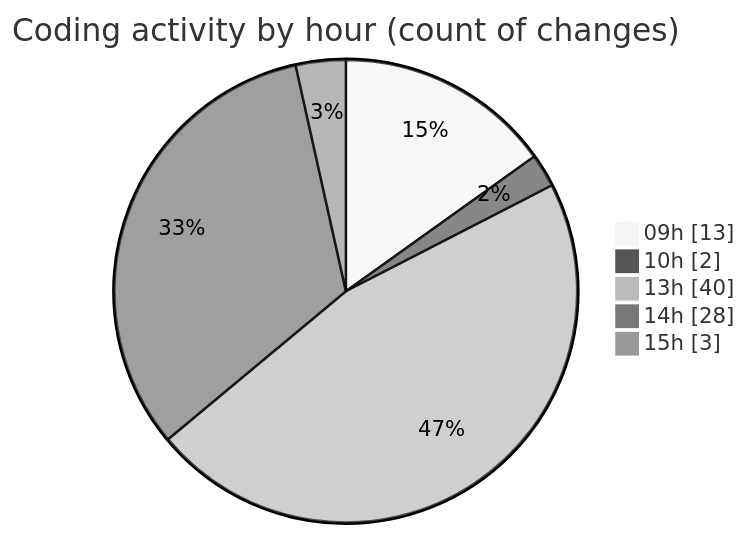
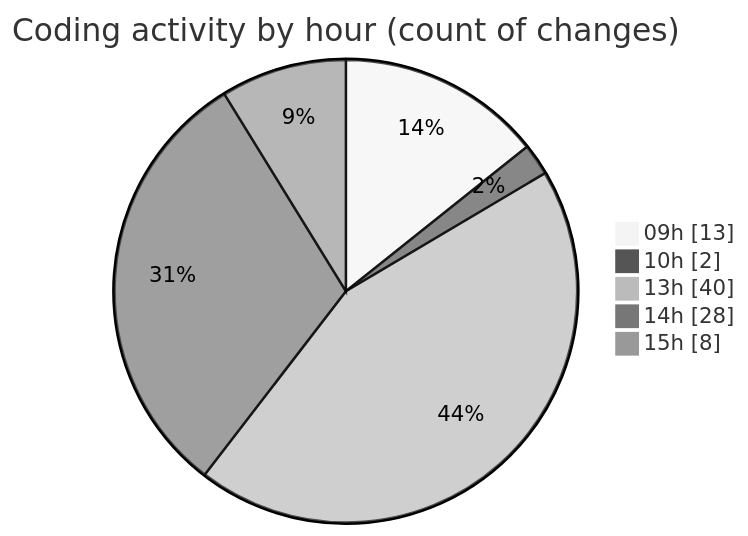
The second of 2 diagrams in 2025-08-29/cda/README.md (momahboobian/code-tracking), drawn with Mermaid (neutral theme) before and after one commit. The commit also changed other lines of this file and 1 other file, not shown here.

````diff
--- a/2025-08-29/cda/README.md
+++ b/2025-08-29/cda/README.md
@@ -45,9 +45,9 @@
 ```mermaid
 pie showData
 title Coding activity by hour (count of changes)
 "09h" : 13
 "10h" : 2
 "13h" : 40
 "14h" : 28
-"15h" : 3
+"15h" : 8
 ```
````
